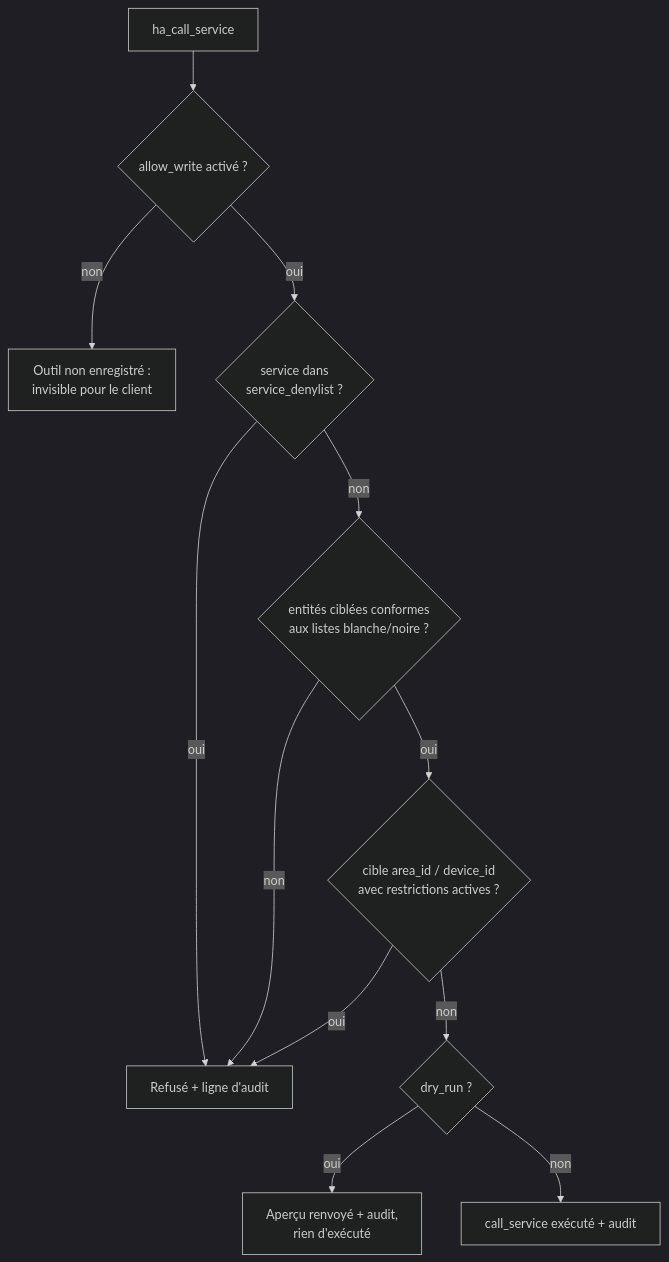
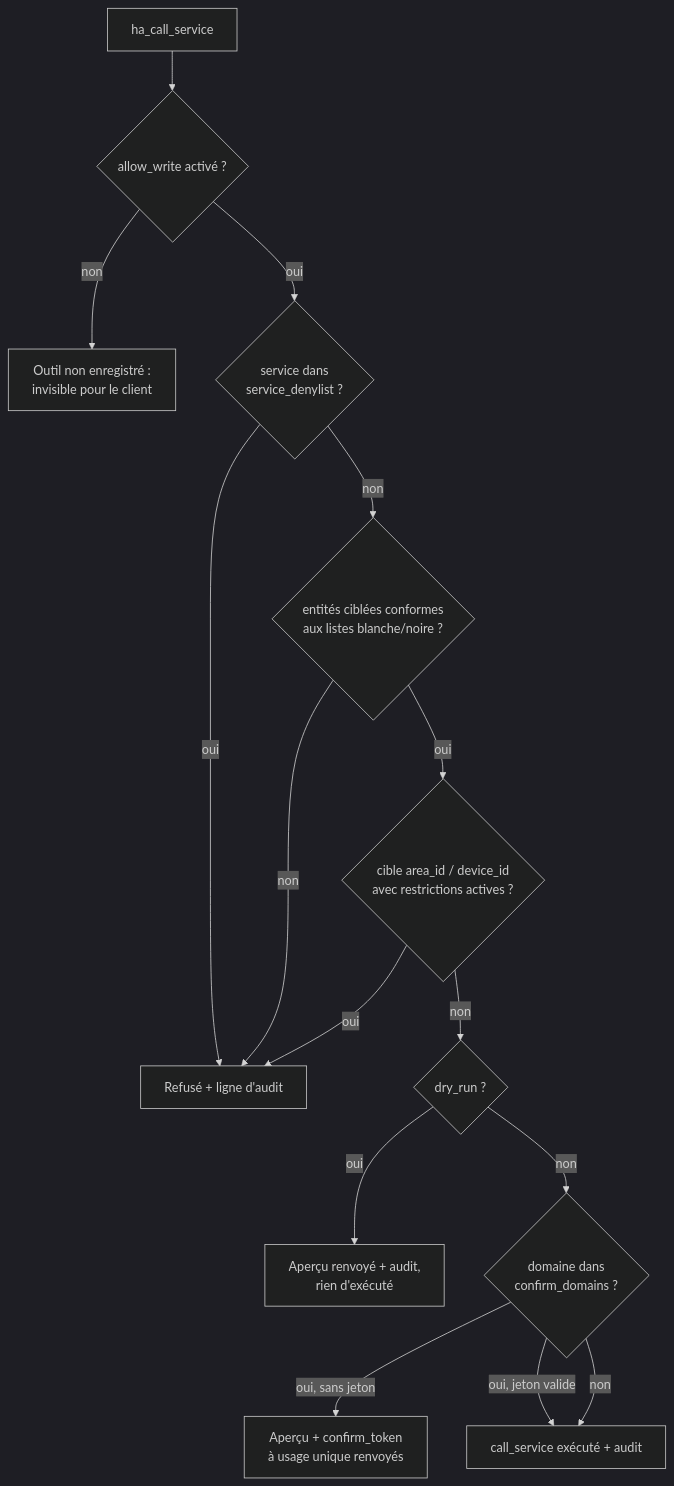
One commit to Devitek/mcp-ha changed the diagram in docs/fr/guide/security.md. Above: the diagram before and after it, drawn with Mermaid (dark theme). The commit also changed other lines of this file and 35 other files, not shown here.

````diff
--- a/docs/fr/guide/security.md
+++ b/docs/fr/guide/security.md
@@ -15,14 +15,17 @@
 ```mermaid
 flowchart TD
   A["ha_call_service"] --> B{"allow_write activé ?"}
   B -- "non" --> R0["Outil non enregistré :<br>invisible pour le client"]
   B -- "oui" --> C{"service dans<br>service_denylist ?"}
   C -- "oui" --> R1["Refusé + ligne d'audit"]
   C -- "non" --> D{"entités ciblées conformes<br>aux listes blanche/noire ?"}
   D -- "non" --> R1
   D -- "oui" --> E{"cible area_id / device_id<br>avec restrictions actives ?"}
   E -- "oui" --> R1
   E -- "non" --> F{"dry_run ?"}
   F -- "oui" --> P["Aperçu renvoyé + audit,<br>rien d'exécuté"]
-  F -- "non" --> X["call_service exécuté + audit"]
+  F -- "non" --> G{"domaine dans<br>confirm_domains ?"}
+  G -- "oui, sans jeton" --> C1["Aperçu + confirm_token<br>à usage unique renvoyés"]
+  G -- "oui, jeton valide" --> X["call_service exécuté + audit"]
+  G -- "non" --> X
 ```
````
